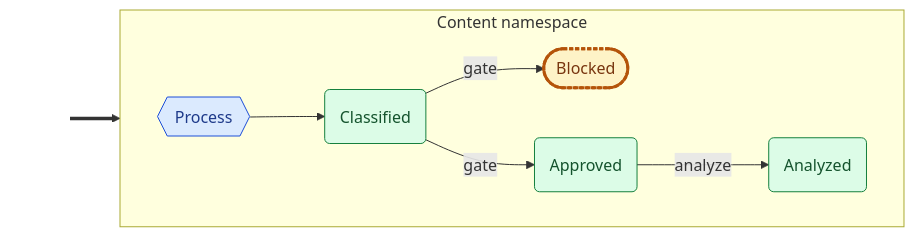
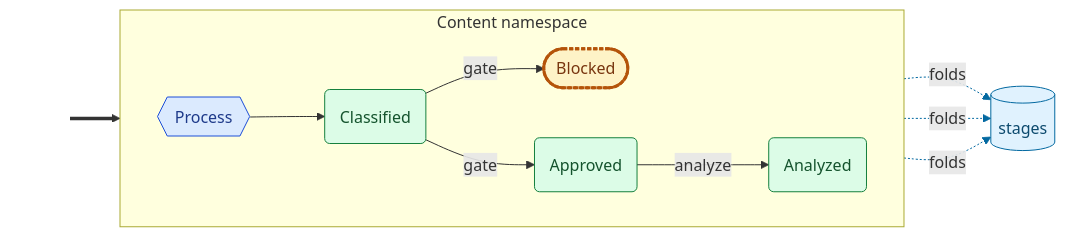
Before and after one commit to cadance-io/langgraph-events: the second of 2 diagrams in examples/content_pipeline.graph.md, drawn with Mermaid. The commit also changed other lines of this file and 16 other files, not shown here.

First line of the commit message:
feat: show each reducer in the namespace model and its diagrams

````diff
--- a/examples/content_pipeline.graph.md
+++ b/examples/content_pipeline.graph.md
@@ -50,23 +54,29 @@
 ```mermaid
 graph LR
     classDef entry fill:none,stroke:none,color:none
     classDef cmd fill:#dbeafe,stroke:#1d4ed8,color:#1e3a8a
     classDef devt fill:#dcfce7,stroke:#15803d,color:#14532d
     classDef intg fill:#ede9fe,stroke:#6d28d9,color:#4c1d95
     classDef syst fill:#fef3c7,stroke:#b45309,color:#78350f
     classDef halt fill:#fef3c7,stroke:#b45309,color:#78350f,stroke-width:3px,stroke-dasharray:4 2
     classDef inv fill:#ffedd5,stroke:#c2410c,color:#7c2d12
+    classDef reducer fill:#e0f2fe,stroke:#0369a1,color:#0c4a6e
     subgraph Content["Content namespace"]
         direction LR
         Analyzed(Analyzed):::devt
         Approved(Approved):::devt
         Blocked([Blocked]):::halt
         Classified(Classified):::devt
         Process{{Process}}:::cmd
     end
+    _reducer_stages[(stages)]:::reducer
     _e0_[ ]:::entry ==> Process
     Process --> Classified
     Classified -->|gate| Blocked
     Classified -->|gate| Approved
     Approved -->|analyze| Analyzed
+    Analyzed -.->|folds| _reducer_stages
+    Approved -.->|folds| _reducer_stages
+    Classified -.->|folds| _reducer_stages
+    linkStyle 5,6,7 stroke:#0369a1,stroke-dasharray:2 2
 ```
````
